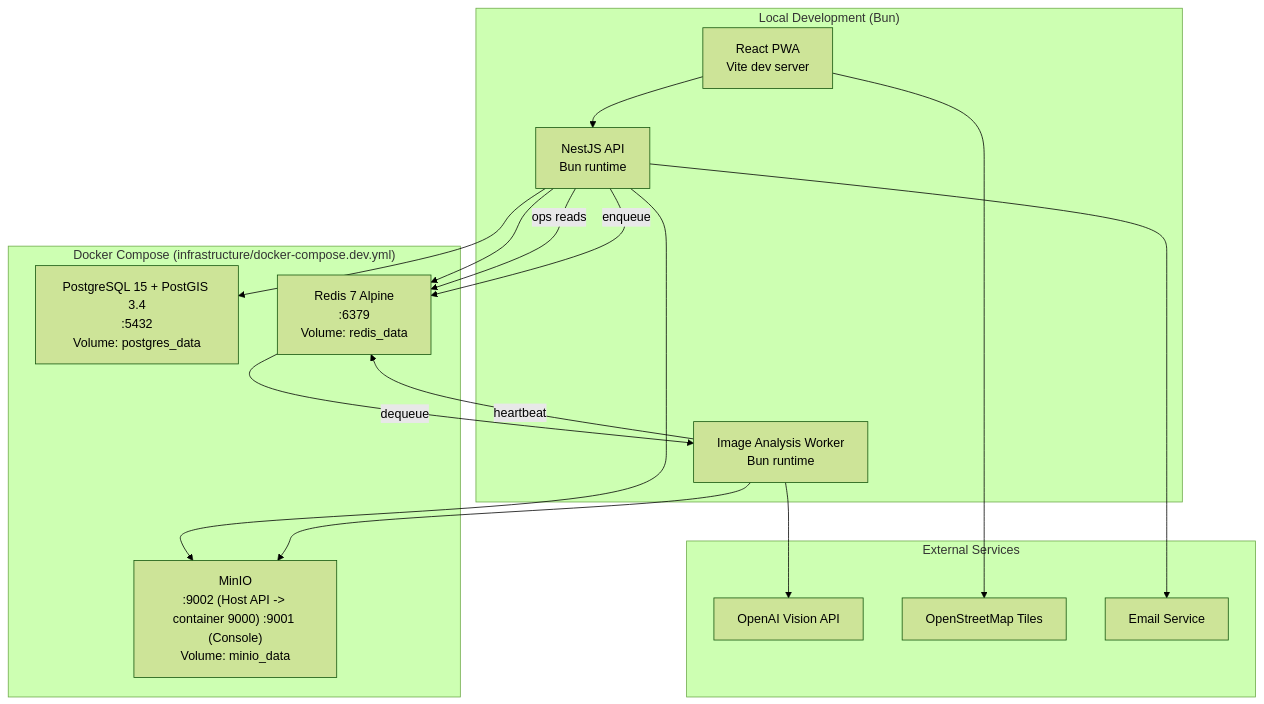
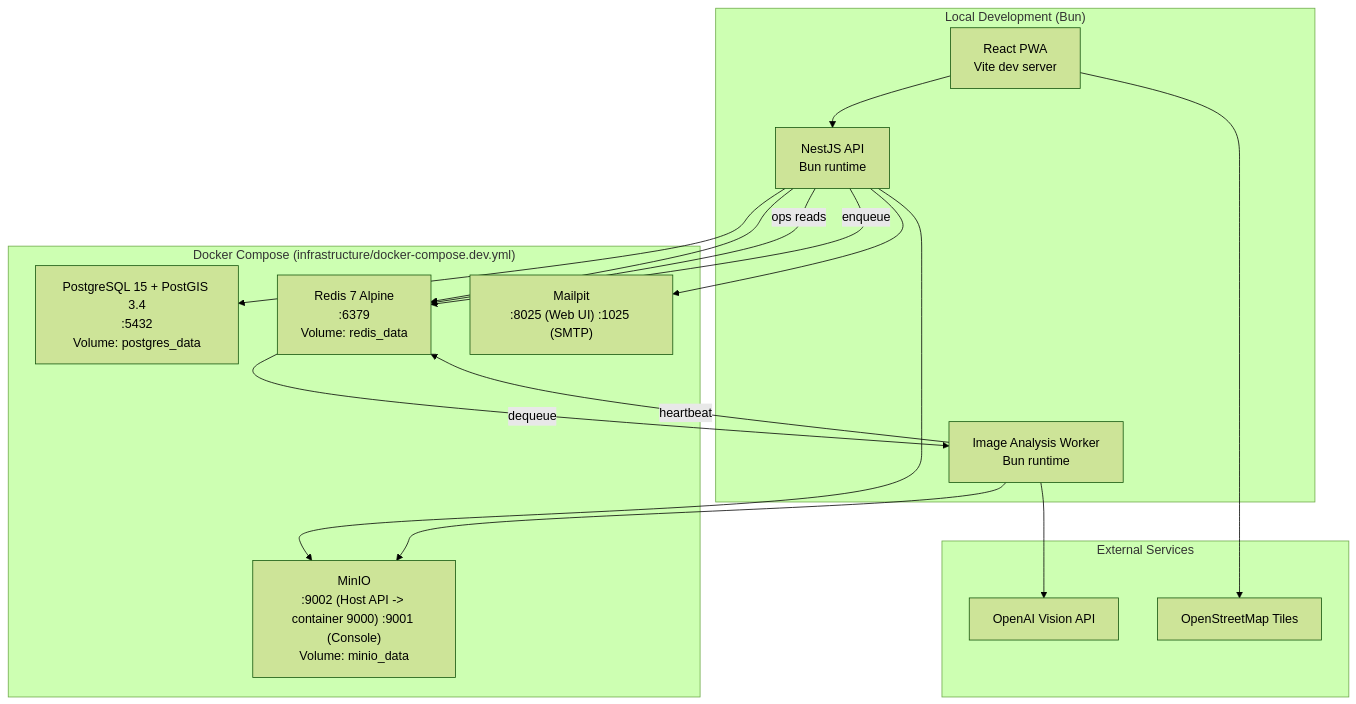
The diagram in docs/architecture/deployment.md (cleancentive/cleancentive), drawn with Mermaid (forest theme) before and after one commit. The commit also changed other lines of this file and 3 other files, not shown here.

````diff
--- a/docs/architecture/deployment.md
+++ b/docs/architecture/deployment.md
@@ -7,33 +7,33 @@
 ```mermaid
 graph TD
     subgraph Local["Local Development (Bun)"]
         PWA["React PWA<br/>Vite dev server"]
         API["NestJS API<br/>Bun runtime"]
         Worker["Image Analysis Worker<br/>Bun runtime"]
     end
 
     subgraph Docker["Docker Compose (infrastructure/docker-compose.dev.yml)"]
         DB["PostgreSQL 15 + PostGIS 3.4<br/>:5432<br/>Volume: postgres_data"]
         Redis["Redis 7 Alpine<br/>:6379<br/>Volume: redis_data"]
         MinIO["MinIO<br/>:9002 (Host API -> container 9000) :9001 (Console)<br/>Volume: minio_data"]
+        Mailpit["Mailpit<br/>:8025 (Web UI) :1025 (SMTP)"]
     end
 
     subgraph External["External Services"]
         OpenAI["OpenAI Vision API"]
         OSM["OpenStreetMap Tiles"]
-        EmailProvider["Email Service"]
     end
 
     PWA --> API
     PWA --> OSM
     API --> DB
     API --> Redis
     API --> MinIO
-    API --> EmailProvider
+    API --> Mailpit
     API -->|ops reads| Redis
     API -->|enqueue| Redis
     Redis -->|dequeue| Worker
     Worker -->|heartbeat| Redis
     Worker --> OpenAI
     Worker --> MinIO
 ```
````
